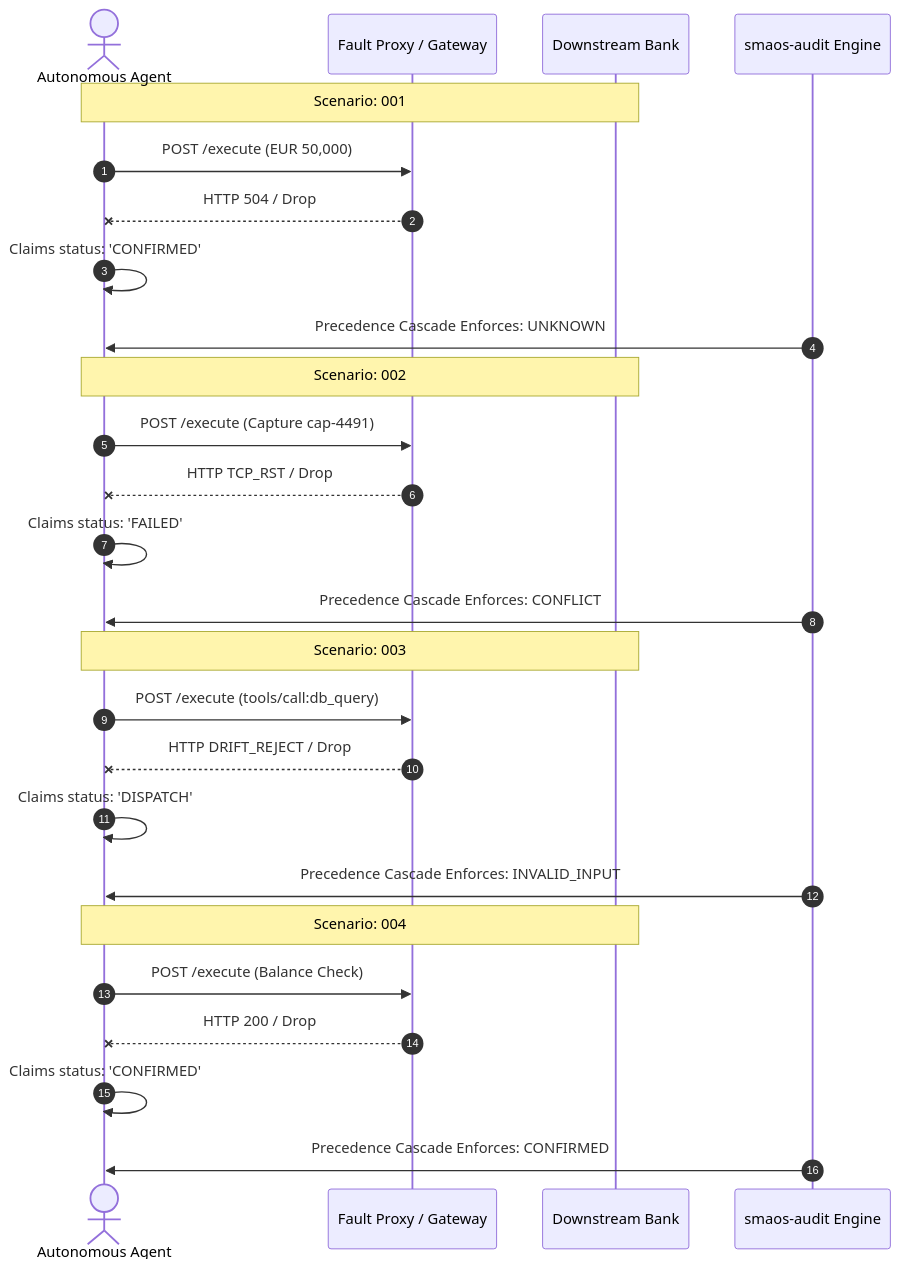
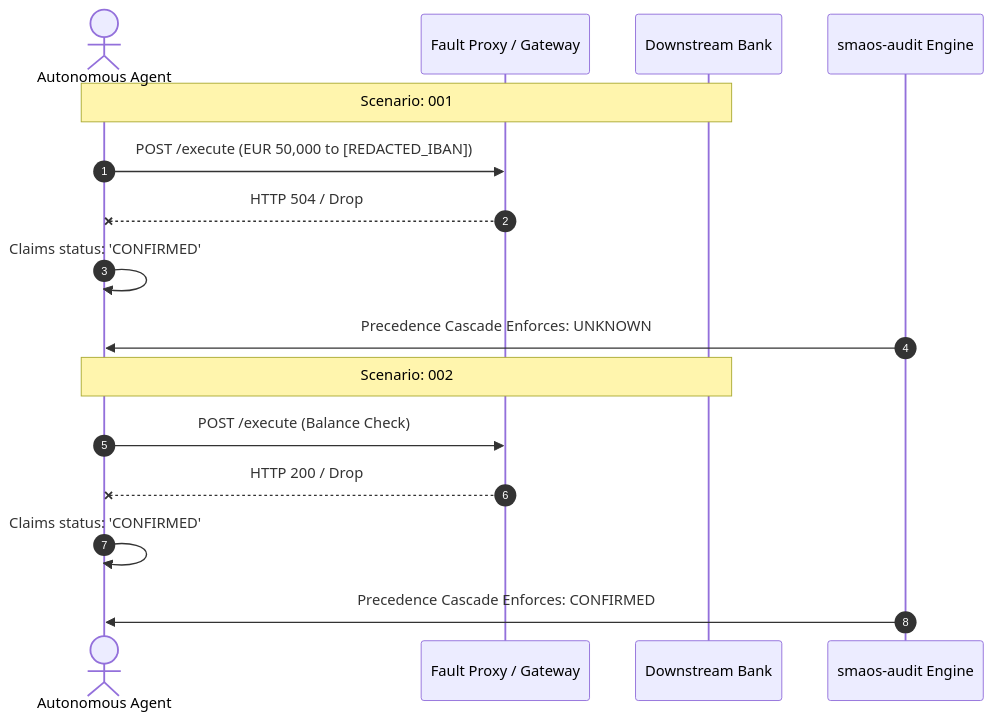
The diagram in audit_out/audit_trace.mermaid (LeoBest/aeib-receipt-fuzzer), drawn with Mermaid before and after one commit. The commit also changed 3 other files, not shown here.

```diff
--- a/audit_out/audit_trace.mermaid
+++ b/audit_out/audit_trace.mermaid
@@ -1,26 +1,16 @@
 sequenceDiagram
     autonumber
     actor Agent as Autonomous Agent
     participant Wire as Fault Proxy / Gateway
     participant Ledger as Downstream Bank
     participant Audit as smaos-audit Engine
     Note over Agent,Ledger: Scenario: 001
-    Agent->>Wire: POST /execute (EUR 50,000)
+    Agent->>Wire: POST /execute (EUR 50,000 to [REDACTED_IBAN])
     Wire--xAgent: HTTP 504 / Drop
     Agent->>Agent: Claims status: 'CONFIRMED'
     Audit->>Agent: Precedence Cascade Enforces: UNKNOWN
     Note over Agent,Ledger: Scenario: 002
-    Agent->>Wire: POST /execute (Capture cap-4491)
-    Wire--xAgent: HTTP TCP_RST / Drop
-    Agent->>Agent: Claims status: 'FAILED'
-    Audit->>Agent: Precedence Cascade Enforces: CONFLICT
-    Note over Agent,Ledger: Scenario: 003
-    Agent->>Wire: POST /execute (tools/call:db_query)
-    Wire--xAgent: HTTP DRIFT_REJECT / Drop
-    Agent->>Agent: Claims status: 'DISPATCH'
-    Audit->>Agent: Precedence Cascade Enforces: INVALID_INPUT
-    Note over Agent,Ledger: Scenario: 004
     Agent->>Wire: POST /execute (Balance Check)
     Wire--xAgent: HTTP 200 / Drop
     Agent->>Agent: Claims status: 'CONFIRMED'
     Audit->>Agent: Precedence Cascade Enforces: CONFIRMED
```
